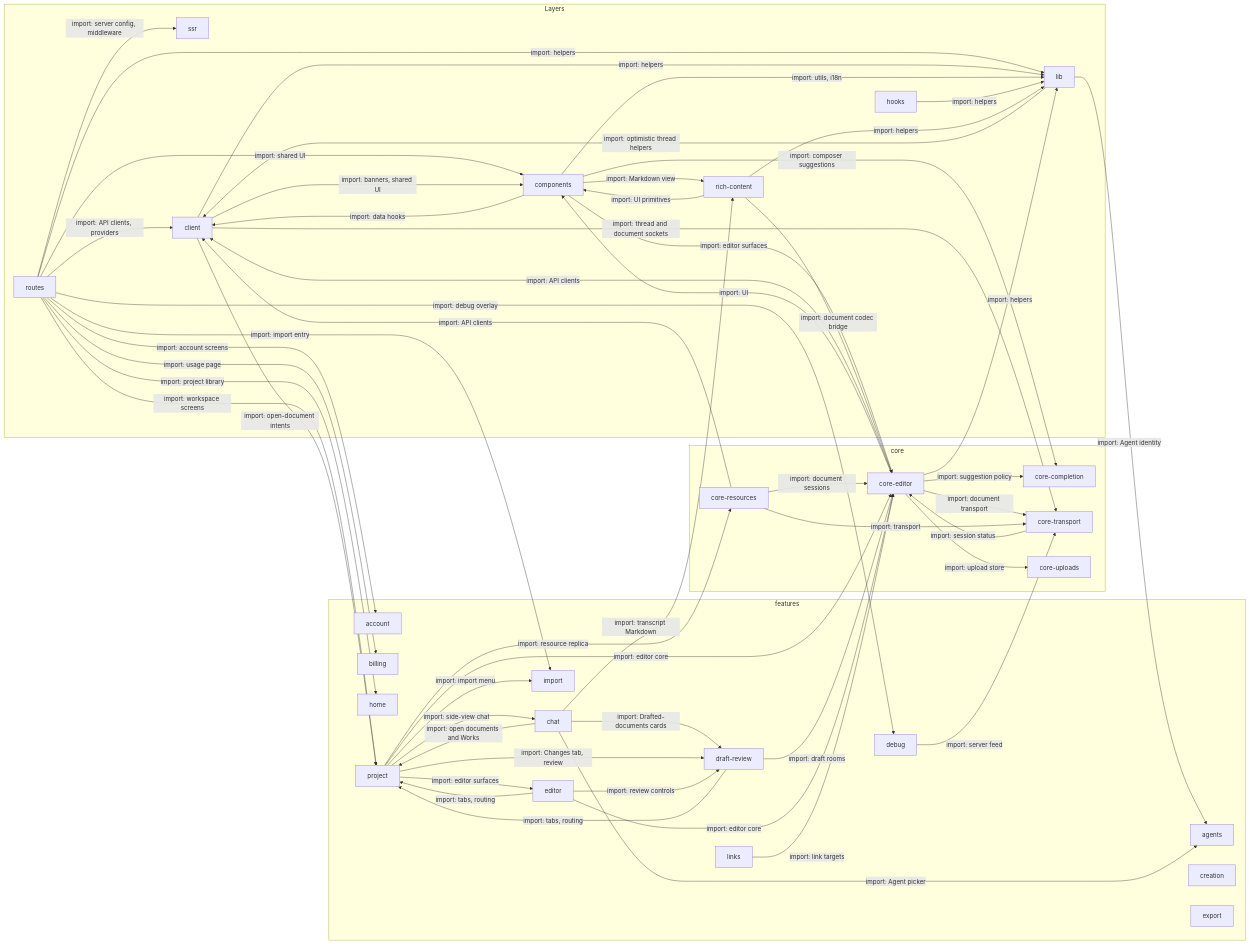
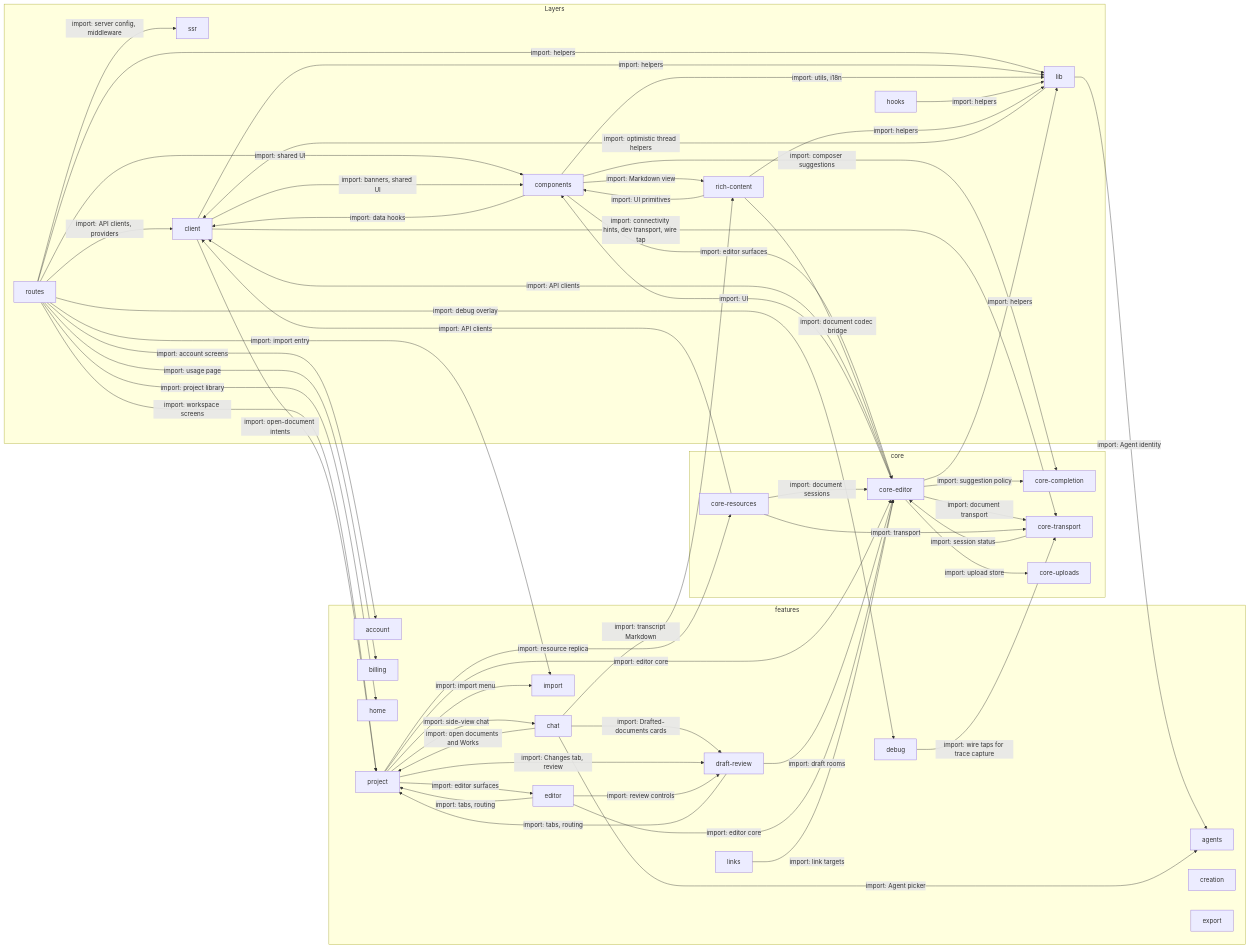
The diagram in .context/system-architecture/app.md (haowjy/meridian-flow), drawn with Mermaid before and after one commit. The commit also changed other lines of this file and 5 other files, not shown here.

````diff
--- a/.context/system-architecture/app.md
+++ b/.context/system-architecture/app.md
@@ -54,7 +54,7 @@
   routes -->|"import: import entry"| import
   client -->|"import: banners, shared UI"| components
   client -->|"import: helpers"| lib
-  client -->|"import: thread and document sockets"| core-transport
+  client -->|"import: connectivity hints, dev transport, wire tap"| core-transport
   client -->|"import: open-document intents"| project
   components -->|"import: data hooks"| client
   components -->|"import: utils, i18n"| lib
@@ -93,5 +93,5 @@
   editor -->|"import: tabs, routing"| project
   editor -->|"import: editor core"| core-editor
   links -->|"import: link targets"| core-editor
-  debug -->|"import: server feed"| core-transport
+  debug -->|"import: wire taps for trace capture"| core-transport
 ```
````
